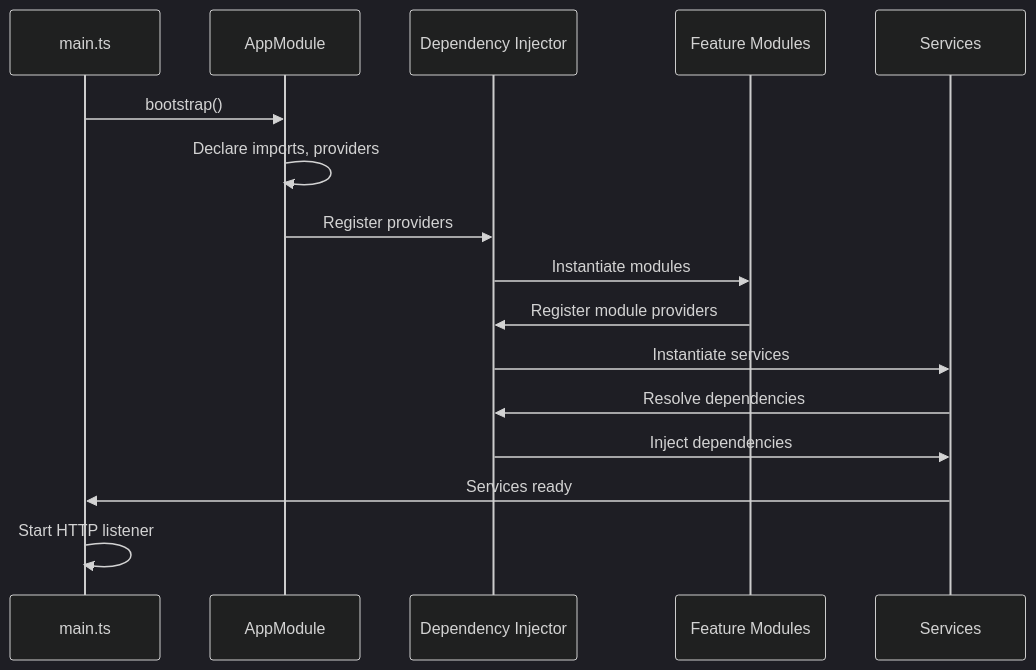
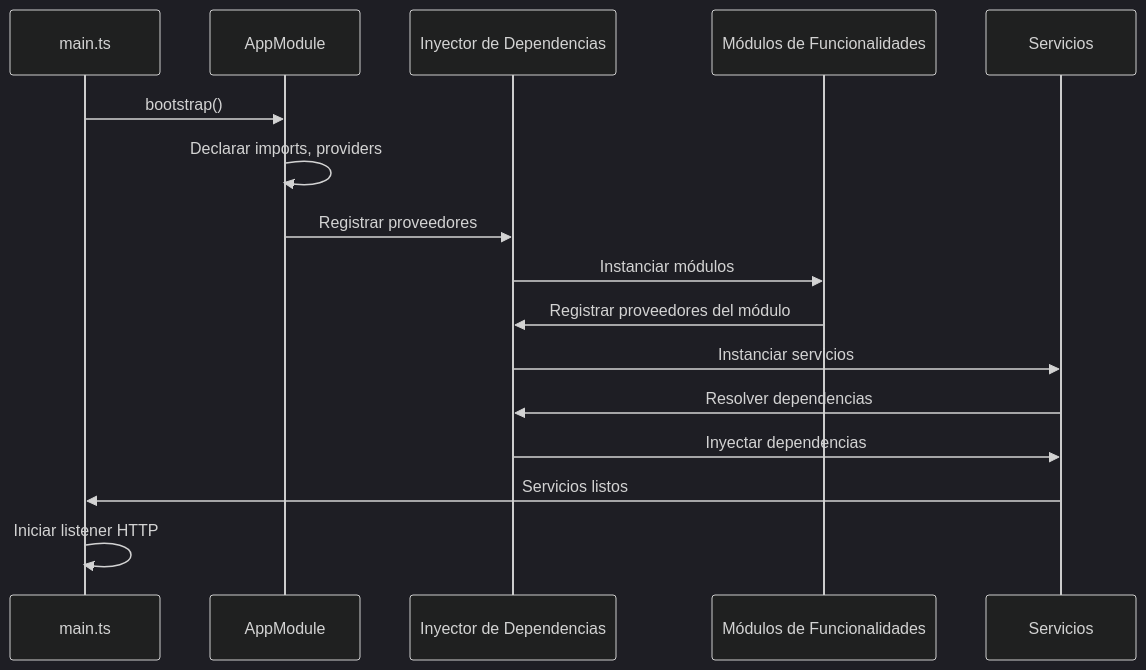
Before and after one commit to Byroncl/laboratory-reviews: the fourth of 4 diagrams in docs-post-message/docs/backend/architecture/module-structure.md, drawn with Mermaid (dark theme). The commit also changed other lines of this file and 17 other files, not shown here.

Commit message:
refactor: implement clean architecture patterns with domains, repositories, use cases, constants, and comprehensive tests

````diff
--- a/docs-post-message/docs/backend/architecture/module-structure.md
+++ b/docs-post-message/docs/backend/architecture/module-structure.md
@@ -380,19 +380,19 @@
 ```mermaid
 sequenceDiagram
     participant Main as main.ts
     participant AppModule as AppModule
-    participant DI as Dependency Injector
-    participant Modules as Feature Modules
-    participant Services as Services
+    participant DI as Inyector de Dependencias
+    participant Modules as Módulos de Funcionalidades
+    participant Services as Servicios
     
     Main->>AppModule: bootstrap()
-    AppModule->>AppModule: Declare imports, providers
-    AppModule->>DI: Register providers
-    DI->>Modules: Instantiate modules
-    Modules->>DI: Register module providers
-    DI->>Services: Instantiate services
-    Services->>DI: Resolve dependencies
-    DI->>Services: Inject dependencies
-    Services->>Main: Services ready
-    Main->>Main: Start HTTP listener
+    AppModule->>AppModule: Declarar imports, providers
+    AppModule->>DI: Registrar proveedores
+    DI->>Modules: Instanciar módulos
+    Modules->>DI: Registrar proveedores del módulo
+    DI->>Services: Instanciar servicios
+    Services->>DI: Resolver dependencias
+    DI->>Services: Inyectar dependencias
+    Services->>Main: Servicios listos
+    Main->>Main: Iniciar listener HTTP
 ```
````
